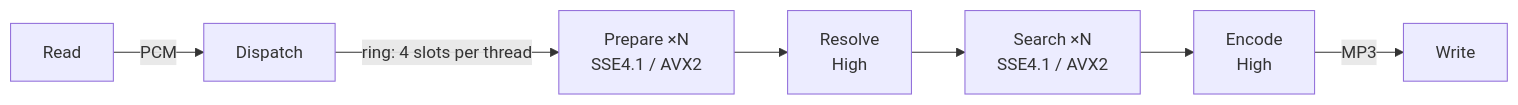
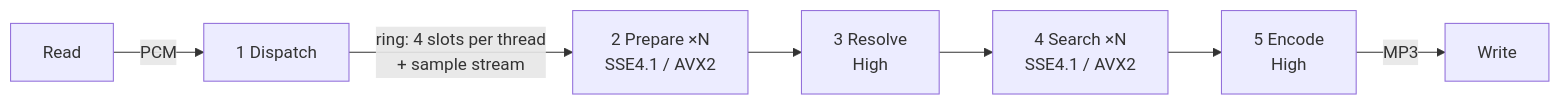
The seventh of 8 diagrams in ctLame/docs/task-graph.md (ThinkMeta-com/ThinkMeta.ConcurrentTasks.Samples), drawn with Mermaid before and after one commit. The commit also changed other lines of this file and 700 other files, not shown here.

````diff
--- a/ctLame/docs/task-graph.md
+++ b/ctLame/docs/task-graph.md
@@ -187,9 +241,9 @@
 ```mermaid
 flowchart LR
-    R["Read"] -- "PCM" --> D["Dispatch"]
-    D -- "ring: 4 slots per thread" --> P["Prepare ×N<br/>SSE4.1 / AVX2"]
-    P --> V["Resolve<br/>High"]
-    V --> S["Search ×N<br/>SSE4.1 / AVX2"]
-    S --> E["Encode<br/>High"]
+    R["Read"] -- "PCM" --> D["1 Dispatch"]
+    D -- "ring: 4 slots per thread<br/>+ sample stream" --> P["2 Prepare ×N<br/>SSE4.1 / AVX2"]
+    P --> V["3 Resolve<br/>High"]
+    V --> S["4 Search ×N<br/>SSE4.1 / AVX2"]
+    S --> E["5 Encode<br/>High"]
     E -- "MP3" --> W["Write"]
 ```
````
